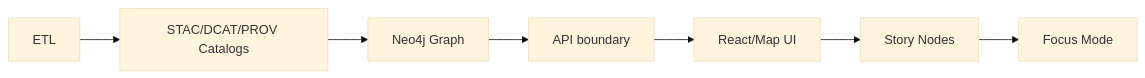
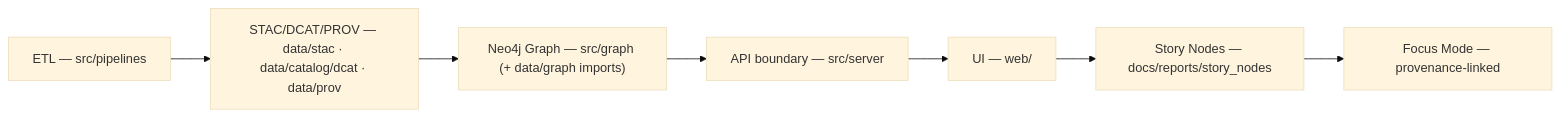
Before and after one commit to bartytime4life/Kansas-Frontier-Matrix: the first of 2 diagrams in docs/README.md, drawn with Mermaid (base theme). The commit also changed other lines of this file, not shown here.

```diff
--- a/docs/README.md
+++ b/docs/README.md
@@ -294,9 +331,9 @@
 ~~~mermaid
 flowchart LR
-  A[ETL] --> B[STAC/DCAT/PROV Catalogs]
-  B --> C[Neo4j Graph]
-  C --> D[API boundary]
-  D --> E[React/Map UI]
-  E --> F[Story Nodes]
-  F --> G[Focus Mode]
+  A["ETL — src/pipelines"] --> B["STAC/DCAT/PROV — data/stac · data/catalog/dcat · data/prov"]
+  B --> C["Neo4j Graph — src/graph (+ data/graph imports)"]
+  C --> D["API boundary — src/server"]
+  D --> E["UI — web/"]
+  E --> F["Story Nodes — docs/reports/story_nodes"]
+  F --> G["Focus Mode — provenance-linked"]
 ~~~
```
